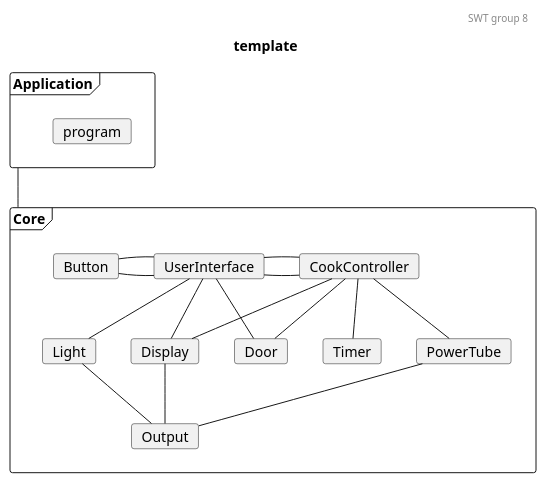
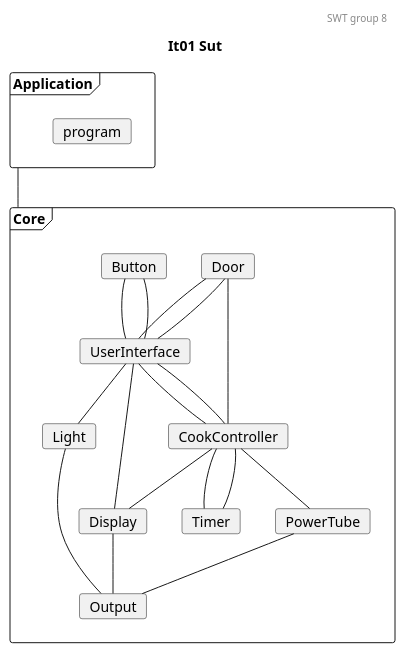
Before and after one commit to mikkel-ol/I4SWT-MicrowaveOven: the diagram in docs/DependencyTree.plantuml, drawn with PlantUML. The commit also changed 3 other files, not shown here.

```diff
--- a/docs/DependencyTree.plantuml
+++ b/docs/DependencyTree.plantuml
@@ -1,61 +1,77 @@
 @startuml
 
 'Testing colors:
 skinparam card{
-    backgroundColor<<sut>> lawngreen
-    backgroundColor<<nut>> salmon
-    backgroundColor<<tested>> gold
+    backgroundColor<<tested>> lawngreen
+    backgroundColor<<sut>> salmon
+    backgroundColor<<test>> salmon
+    backgroundColor<<fake>> gold
 }
 
 header SWT group 8
-title template
+title It01 Sut
 
 frame Application{
     card program
 }
 
 frame Core{
+'0.
+    card Door
+    card Button
+
+'1.
     card UserInterface
-    card CookController 
 
-    card Door
+'2.
+    card CookController
     card Light
+
+'3.
     card Timer
     card PowerTube
     card Display
+
+'4 
     card Output
-    card Button
+
+
 }
+Application -- Core
 
 'Relations projects
 ' 0. to 1.
-Application -- Core
+Door -- UserInterface
+Door -- UserInterface
+
+Button -- UserInterface
+Button -- UserInterface
+
 
 'Relations CookController:
 '1.
-CookController - UserInterface
+UserInterface -- CookController
+UserInterface -- CookController
 '1. to 2.
-CookController -- Door
-CookController -- Timer
+Door - CookController
+
+
 CookController -- PowerTube
+
+'1. to 2.
+UserInterface -- Display
+UserInterface -- Light
 CookController -- Display
 
-'Relations UserInterface:
-'1.
-UserInterface - CookController
-Button - UserInterface 
-UserInterface - Button
+CookController -- Timer
+CookController -- Timer 
 
-'1. to 2.
-UserInterface -- Light
-UserInterface -- Door
-UserInterface -- Display
 
 ' Relations 2. to 3.
 Light -- Output
 Display -- Output
 PowerTube -- Output
 
 
 
 @enduml
```
